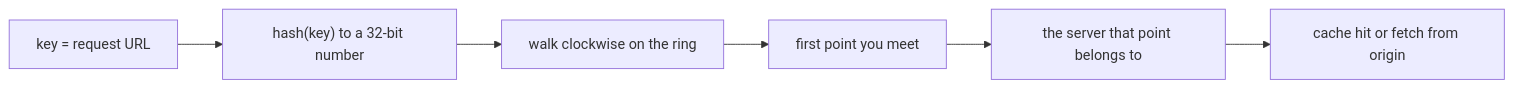
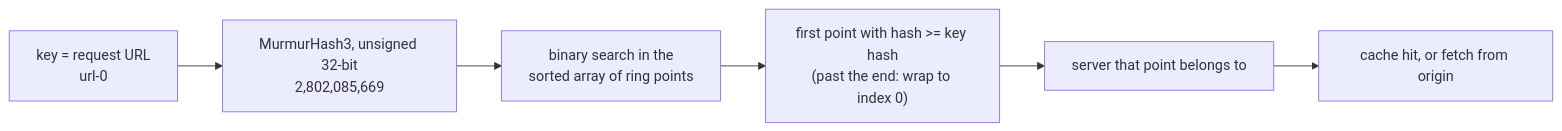
Before and after one commit to yurii-mysak/scala-training-docs: the first of 3 diagrams in dojo/lessons/2026-10-11-2-consistent-hashing-why-servers-need-many-hashes.md, drawn with Mermaid. The commit also changed other lines of this file and 95 other files, not shown here.

First line of the commit message:
dojo: Show-by-example and Visual rules; charts, source figures, Dojo image assets; 7 open lessons reworked

````diff
--- a/dojo/lessons/2026-10-11-2-consistent-hashing-why-servers-need-many-hashes.md
+++ b/dojo/lessons/2026-10-11-2-consistent-hashing-why-servers-need-many-hashes.md
@@ -72,8 +56,8 @@
 ```mermaid
 flowchart LR
-  K["key = request URL"] --> H["hash(key) to a 32-bit number"]
-  H --> R["walk clockwise on the ring"]
-  R --> P["first point you meet"]
-  P --> S["the server that point belongs to"]
-  S --> C["cache hit or fetch from origin"]
+  K["key = request URL<br/>url-0"] --> H["MurmurHash3, unsigned 32-bit<br/>2,802,085,669"]
+  H --> B["binary search in the<br/>sorted array of ring points"]
+  B --> P["first point with hash >= key hash<br/>(past the end: wrap to index 0)"]
+  P --> S["server that point belongs to"]
+  S --> C["cache hit, or fetch from origin"]
 ```
````
